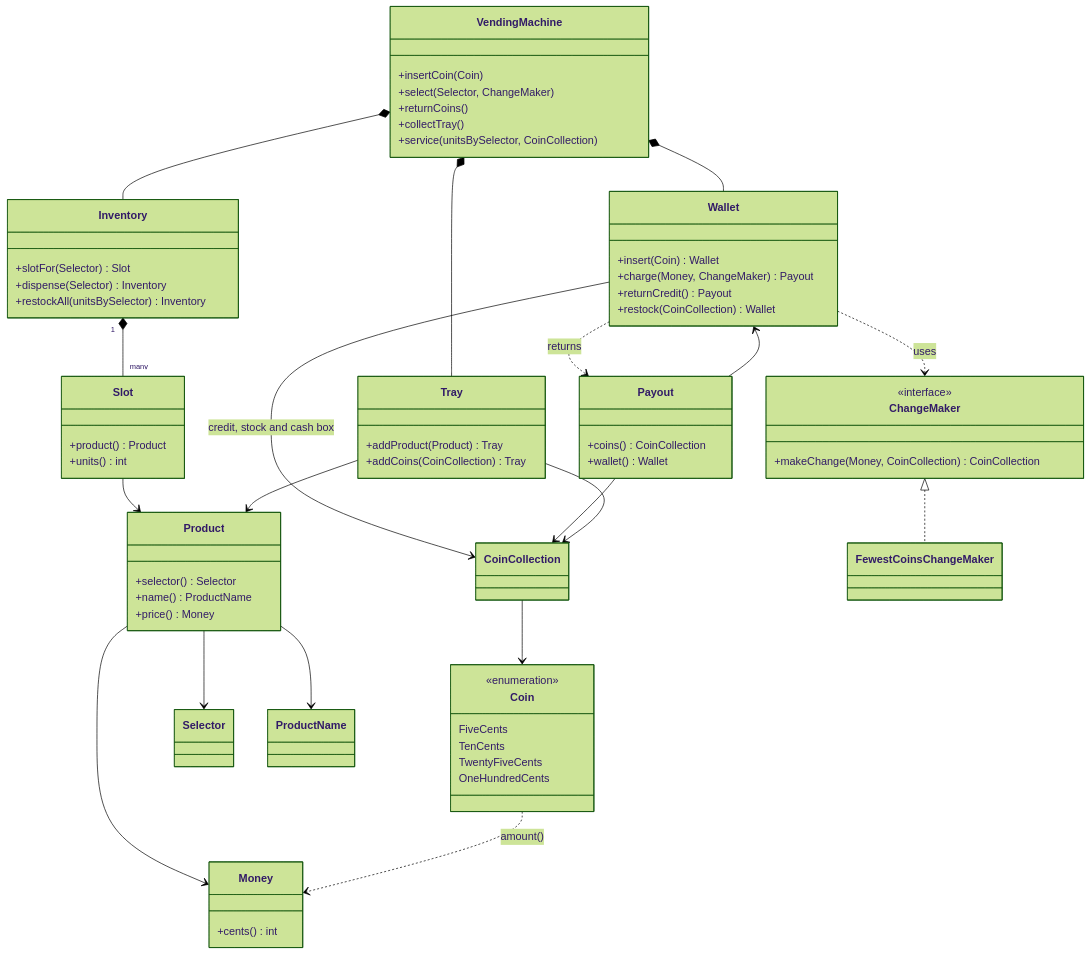
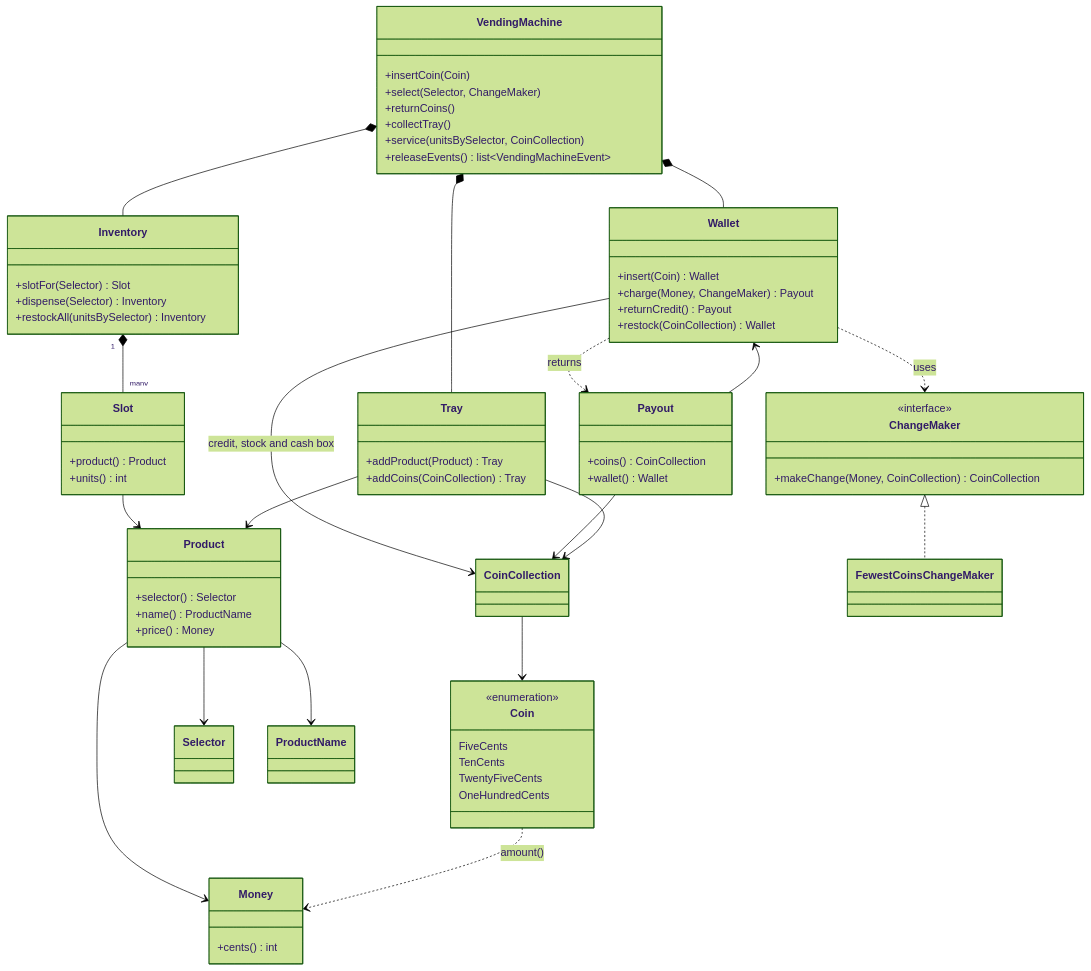
One commit to prubiella/vending-machine-challenge changed the fourth of 8 diagrams in docs/design.md. Above: the diagram before and after it, drawn with Mermaid (forest theme). The commit also changed other lines of this file and 5 other files, not shown here.

First line of the commit message:
feat(machine): record sales and returned credit as domain events

````diff
--- a/docs/design.md
+++ b/docs/design.md
@@ -155,72 +155,73 @@
 ```mermaid
 classDiagram
     class VendingMachine {
         +insertCoin(Coin)
         +select(Selector, ChangeMaker)
         +returnCoins()
         +collectTray()
         +service(unitsBySelector, CoinCollection)
+        +releaseEvents() list~VendingMachineEvent~
     }
     class Inventory {
         +slotFor(Selector) Slot
         +dispense(Selector) Inventory
         +restockAll(unitsBySelector) Inventory
     }
     class Slot {
         +product() Product
         +units() int
     }
     class Product {
         +selector() Selector
         +name() ProductName
         +price() Money
     }
     class Wallet {
         +insert(Coin) Wallet
         +charge(Money, ChangeMaker) Payout
         +returnCredit() Payout
         +restock(CoinCollection) Wallet
     }
     class Payout {
         +coins() CoinCollection
         +wallet() Wallet
     }
     class Tray {
         +addProduct(Product) Tray
         +addCoins(CoinCollection) Tray
     }
     class CoinCollection
     class Coin {
         <<enumeration>>
         FiveCents
         TenCents
         TwentyFiveCents
         OneHundredCents
     }
     class Money {
         +cents() int
     }
     class ChangeMaker {
         <<interface>>
         +makeChange(Money, CoinCollection) CoinCollection
     }
     class FewestCoinsChangeMaker
     VendingMachine *-- Inventory
     VendingMachine *-- Wallet
     VendingMachine *-- Tray
     Inventory "1" *-- "many" Slot
     Slot --> Product
     Product --> Money
     Product --> Selector
     Product --> ProductName
     Wallet --> CoinCollection : credit, stock and cash box
     Wallet ..> Payout : returns
     Payout --> CoinCollection
     Payout --> Wallet
     Tray --> Product
     Tray --> CoinCollection
     CoinCollection --> Coin
     Coin ..> Money : amount()
     ChangeMaker <|.. FewestCoinsChangeMaker
     Wallet ..> ChangeMaker : uses
 ```
````
